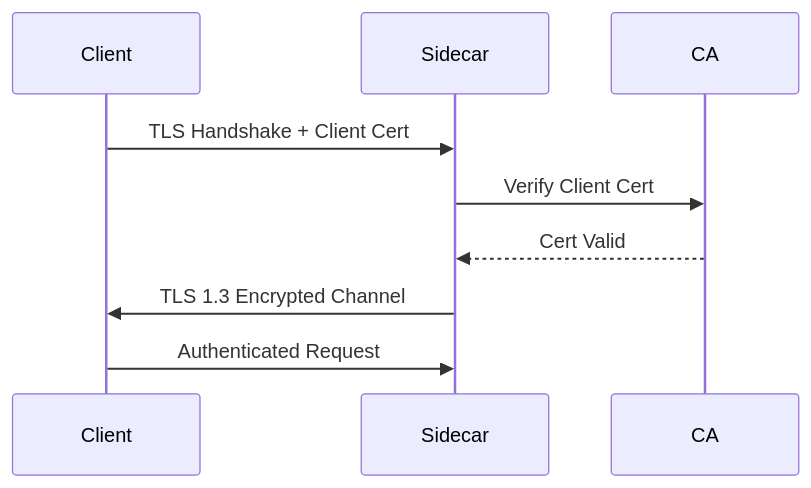
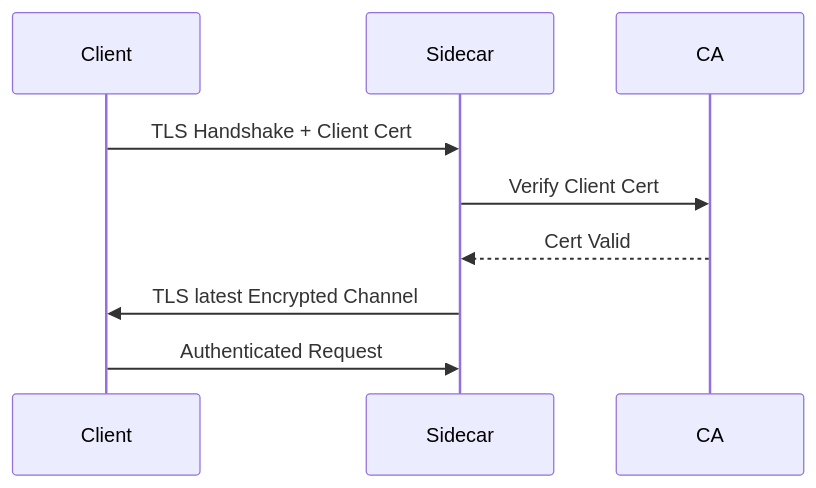
Before and after one commit to seanchatmangpt/unrdf: the second of 4 diagrams in docs/INFRASTRUCTURE-VALIDATION-REPORT.md, drawn with Mermaid. The commit also changed other lines of this file and 3567 other files, not shown here.

````diff
--- a/docs/INFRASTRUCTURE-VALIDATION-REPORT.md
+++ b/docs/INFRASTRUCTURE-VALIDATION-REPORT.md
@@ -154,12 +154,12 @@
 ```mermaid
 sequenceDiagram
     participant Client
     participant Sidecar
     participant CA
 
     Client->>Sidecar: TLS Handshake + Client Cert
     Sidecar->>CA: Verify Client Cert
     CA-->>Sidecar: Cert Valid
-    Sidecar->>Client: TLS 1.3 Encrypted Channel
+    Sidecar->>Client: TLS latest Encrypted Channel
     Client->>Sidecar: Authenticated Request
 ```
````
